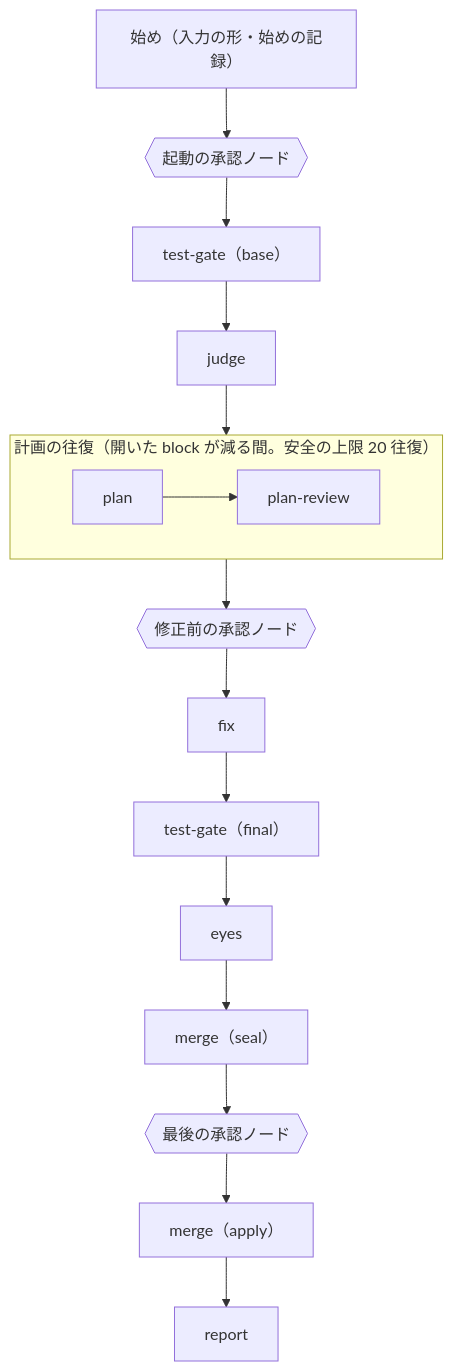
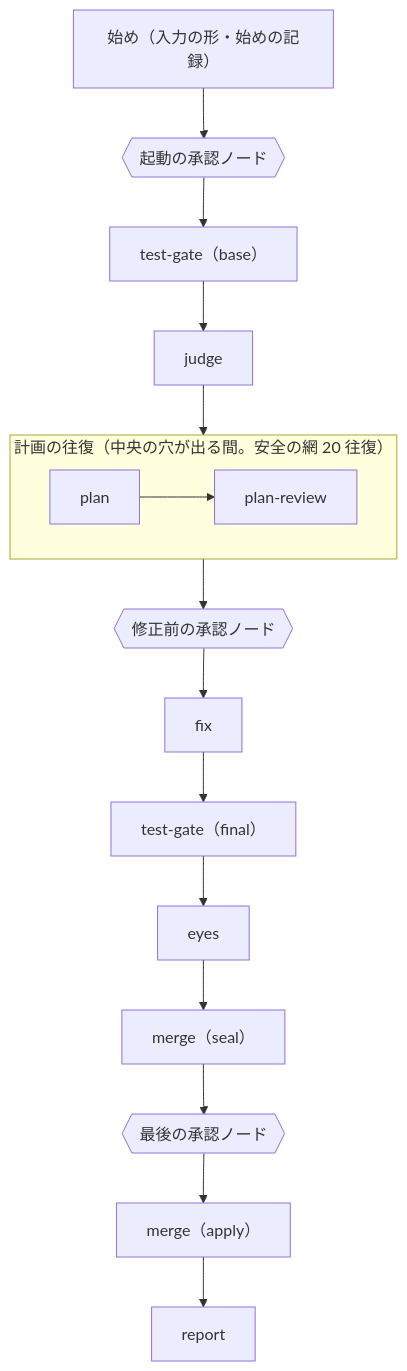
One commit to raiki61/works-factory changed the second of 2 diagrams in docs/design.md. Above: the diagram before and after it, drawn with Mermaid. The commit also changed other lines of this file and 90 other files, not shown here.

````diff
--- a/docs/design.md
+++ b/docs/design.md
@@ -97,18 +97,18 @@
 ```mermaid
 flowchart TB
   start["始め（入力の形・始めの記録）"] --> g1{{"起動の承認ノード"}}
   g1 --> tb["test-gate（base）"]
   tb --> judge
   judge --> loopP
-  subgraph loopP["計画の往復（開いた block が減る間。安全の上限 20 往復）"]
+  subgraph loopP["計画の往復（中央の穴が出る間。安全の網 20 往復）"]
     plan --> pr["plan-review"]
   end
   loopP --> g2{{"修正前の承認ノード"}}
   g2 --> fix
   fix --> tf["test-gate（final）"]
   tf --> eyes
   eyes --> ms["merge（seal）"]
   ms --> g3{{"最後の承認ノード"}}
   g3 --> ma["merge（apply）"]
   ma --> report
 ```
````
